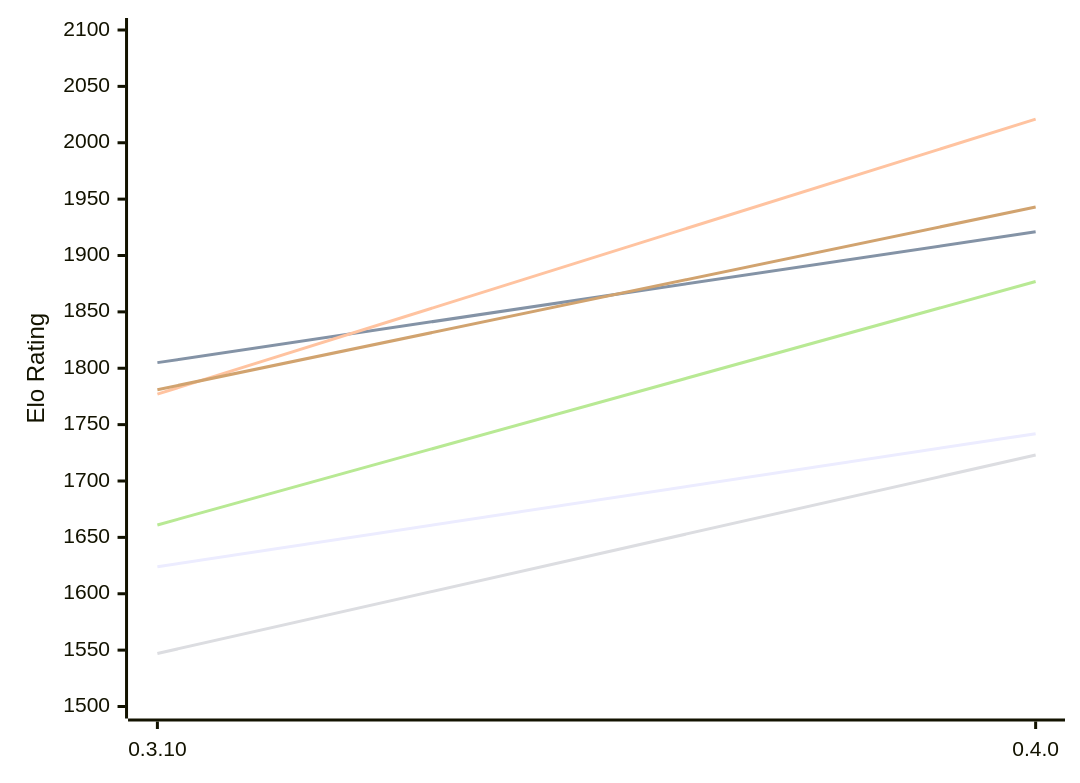
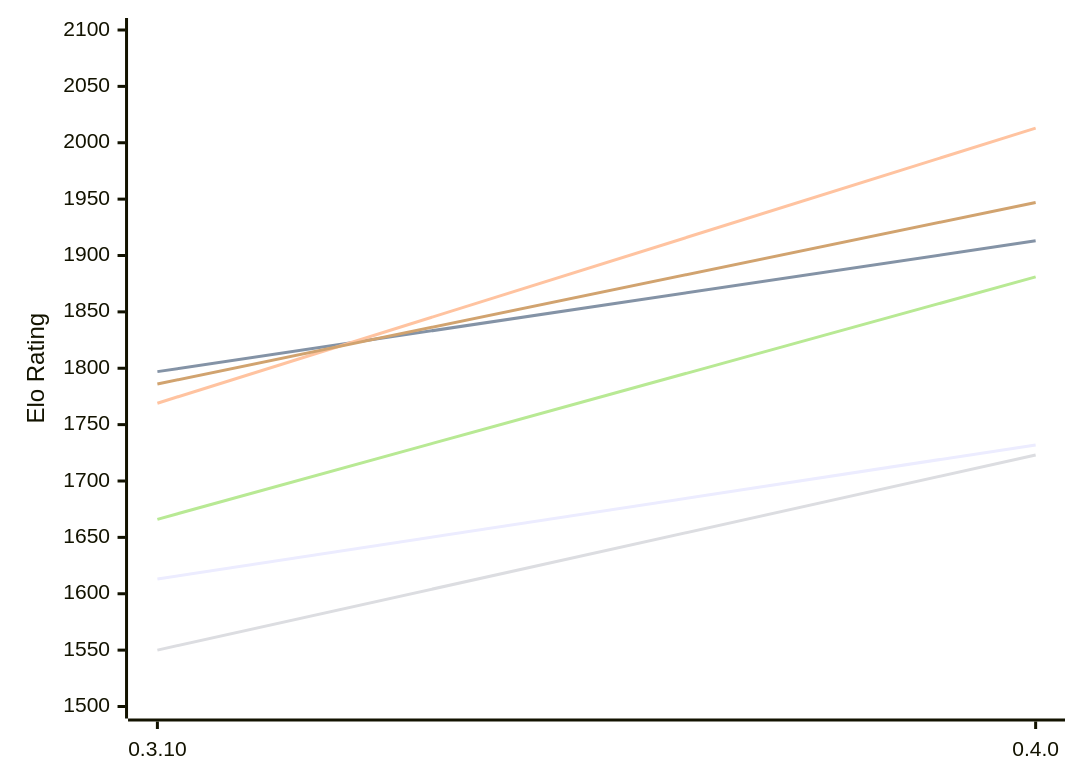
The first of 2 diagrams in engines/Arche.md (computer-chess-index/cci), drawn with Mermaid before and after one commit. The commit also changed other lines of this file, not shown here.

Commit message:
Update CCI Ratings (ELO VLTC) - 2026-11-18

````diff
--- a/engines/Arche.md
+++ b/engines/Arche.md
@@ -53,12 +53,12 @@
 ```mermaid
 %%{init: {"theme":"base","themeVariables":{"seriesColors:['#a3a3a3','#222221','#faa371']}}}%%
 xychart-beta
   x-axis ["0.3.10", "0.4.0"]
   y-axis "Elo Rating" 1500 --> 2100
-  line "E1: STC (8.0+0.08s)" [1624, 1742]
-  line "E1: LTC (60.0+0.60s)" [1805, 1921]
-  line "E1: VLTC (2m24s+1.12s)" [1777, 2021]
-  line "P1: STC (8.0+0.08s)" [1547, 1723]
-  line "P1: LTC (60.0+0.60s)" [1661, 1877]
-  line "P1: VLTC (2m24s+1.12s)" [1781, 1943]
+  line "E1: STC (8.0+0.08s)" [1613, 1732]
+  line "E1: LTC (60.0+0.60s)" [1797, 1913]
+  line "E1: VLTC (2m24s+1.12s)" [1769, 2013]
+  line "P1: STC (8.0+0.08s)" [1550, 1723]
+  line "P1: LTC (60.0+0.60s)" [1666, 1881]
+  line "P1: VLTC (2m24s+1.12s)" [1786, 1947]
 ```
````
